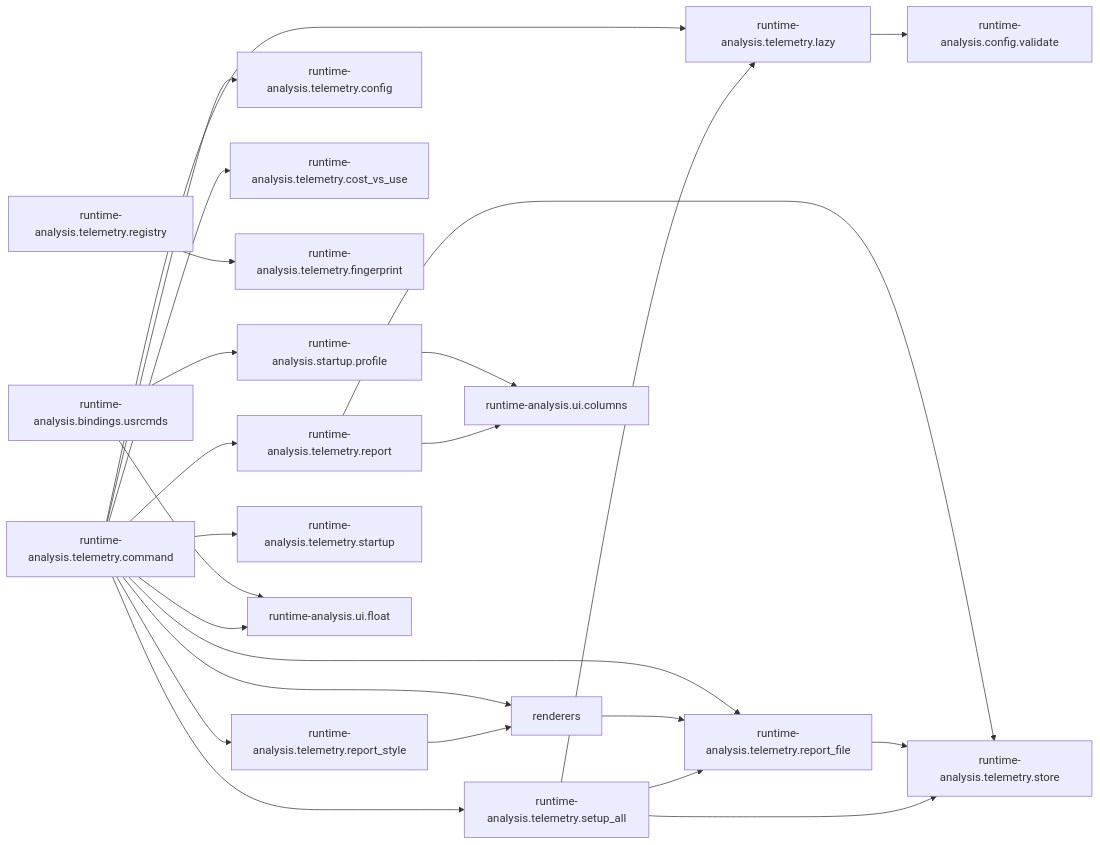
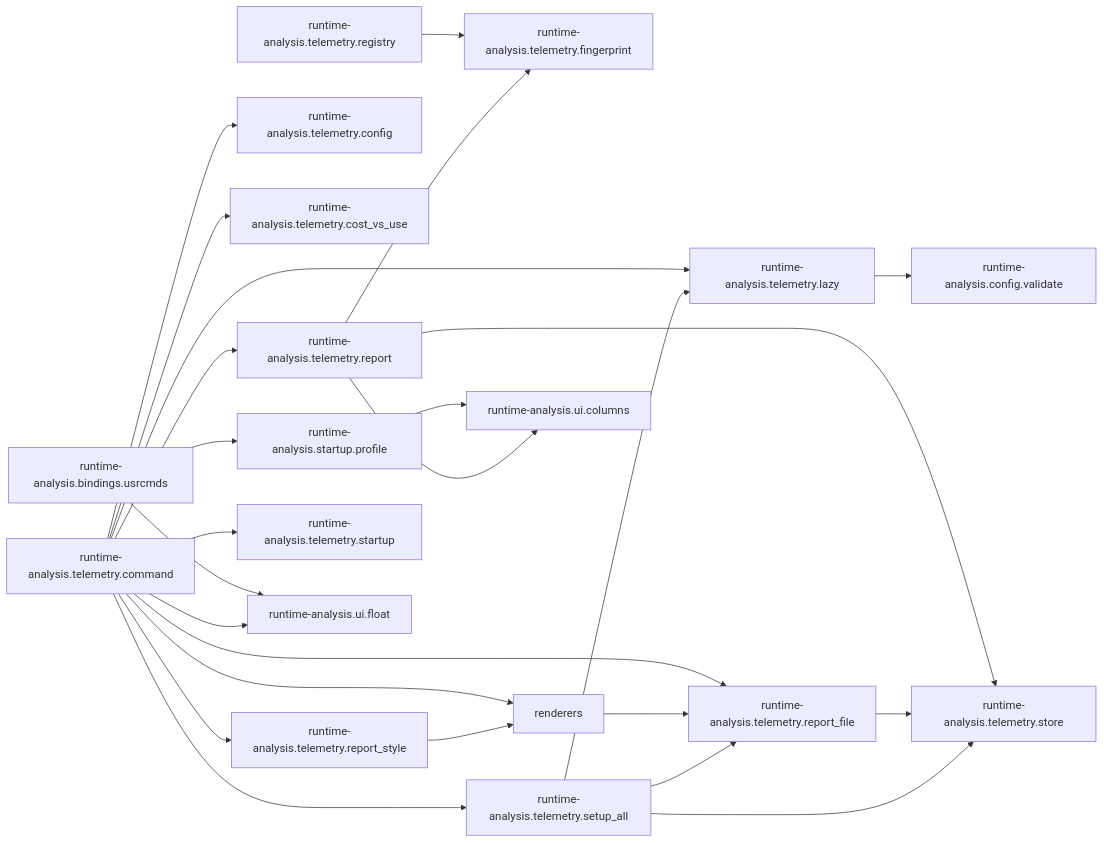
Before and after one commit to StefanBartl/runtime-analysis.nvim: the second of 2 diagrams in docs/map/overview.md, drawn with Mermaid. The commit also changed 2 other files, not shown here.

Commit message:
docs(map): regenerate module map [skip ci]

````diff
--- a/docs/map/overview.md
+++ b/docs/map/overview.md
@@ -38,44 +38,45 @@
 ```mermaid
 flowchart LR
   nlua_runtime_analysis_bindings_usrcmds_lua["runtime-analysis.bindings.usrcmds"]
   nlua_runtime_analysis_config_validate_lua["runtime-analysis.config.validate"]
   nlua_runtime_analysis_startup_profile_lua["runtime-analysis.startup.profile"]
   nlua_runtime_analysis_telemetry_command_lua["runtime-analysis.telemetry.command"]
   nlua_runtime_analysis_telemetry_config_lua["runtime-analysis.telemetry.config"]
   nlua_runtime_analysis_telemetry_cost_vs_use_lua["runtime-analysis.telemetry.cost_vs_use"]
   nlua_runtime_analysis_telemetry_fingerprint_lua["runtime-analysis.telemetry.fingerprint"]
   nlua_runtime_analysis_telemetry_lazy_lua["runtime-analysis.telemetry.lazy"]
   nlua_runtime_analysis_telemetry_registry_lua["runtime-analysis.telemetry.registry"]
   nlua_runtime_analysis_telemetry_renderers["renderers"]
   nlua_runtime_analysis_telemetry_report_lua["runtime-analysis.telemetry.report"]
   nlua_runtime_analysis_telemetry_report_file_lua["runtime-analysis.telemetry.report_file"]
   nlua_runtime_analysis_telemetry_report_style_lua["runtime-analysis.telemetry.report_style"]
   nlua_runtime_analysis_telemetry_setup_all_lua["runtime-analysis.telemetry.setup_all"]
   nlua_runtime_analysis_telemetry_startup_lua["runtime-analysis.telemetry.startup"]
   nlua_runtime_analysis_telemetry_store_lua["runtime-analysis.telemetry.store"]
   nlua_runtime_analysis_ui_columns_lua["runtime-analysis.ui.columns"]
   nlua_runtime_analysis_ui_float_lua["runtime-analysis.ui.float"]
   nlua_runtime_analysis_bindings_usrcmds_lua --> nlua_runtime_analysis_startup_profile_lua
   nlua_runtime_analysis_bindings_usrcmds_lua --> nlua_runtime_analysis_ui_float_lua
   nlua_runtime_analysis_startup_profile_lua --> nlua_runtime_analysis_ui_columns_lua
   nlua_runtime_analysis_telemetry_command_lua --> nlua_runtime_analysis_telemetry_config_lua
   nlua_runtime_analysis_telemetry_command_lua --> nlua_runtime_analysis_telemetry_cost_vs_use_lua
   nlua_runtime_analysis_telemetry_command_lua --> nlua_runtime_analysis_telemetry_lazy_lua
   nlua_runtime_analysis_telemetry_command_lua --> nlua_runtime_analysis_telemetry_renderers
   nlua_runtime_analysis_telemetry_command_lua --> nlua_runtime_analysis_telemetry_report_lua
   nlua_runtime_analysis_telemetry_command_lua --> nlua_runtime_analysis_telemetry_report_file_lua
   nlua_runtime_analysis_telemetry_command_lua --> nlua_runtime_analysis_telemetry_report_style_lua
   nlua_runtime_analysis_telemetry_command_lua --> nlua_runtime_analysis_telemetry_setup_all_lua
   nlua_runtime_analysis_telemetry_command_lua --> nlua_runtime_analysis_telemetry_startup_lua
   nlua_runtime_analysis_telemetry_command_lua --> nlua_runtime_analysis_ui_float_lua
   nlua_runtime_analysis_telemetry_lazy_lua --> nlua_runtime_analysis_config_validate_lua
   nlua_runtime_analysis_telemetry_registry_lua --> nlua_runtime_analysis_telemetry_fingerprint_lua
   nlua_runtime_analysis_telemetry_renderers --> nlua_runtime_analysis_telemetry_report_file_lua
+  nlua_runtime_analysis_telemetry_report_lua --> nlua_runtime_analysis_telemetry_fingerprint_lua
   nlua_runtime_analysis_telemetry_report_lua --> nlua_runtime_analysis_telemetry_store_lua
   nlua_runtime_analysis_telemetry_report_lua --> nlua_runtime_analysis_ui_columns_lua
   nlua_runtime_analysis_telemetry_report_file_lua --> nlua_runtime_analysis_telemetry_store_lua
   nlua_runtime_analysis_telemetry_report_style_lua --> nlua_runtime_analysis_telemetry_renderers
   nlua_runtime_analysis_telemetry_setup_all_lua --> nlua_runtime_analysis_telemetry_lazy_lua
   nlua_runtime_analysis_telemetry_setup_all_lua --> nlua_runtime_analysis_telemetry_report_file_lua
   nlua_runtime_analysis_telemetry_setup_all_lua --> nlua_runtime_analysis_telemetry_store_lua
 ```
````
